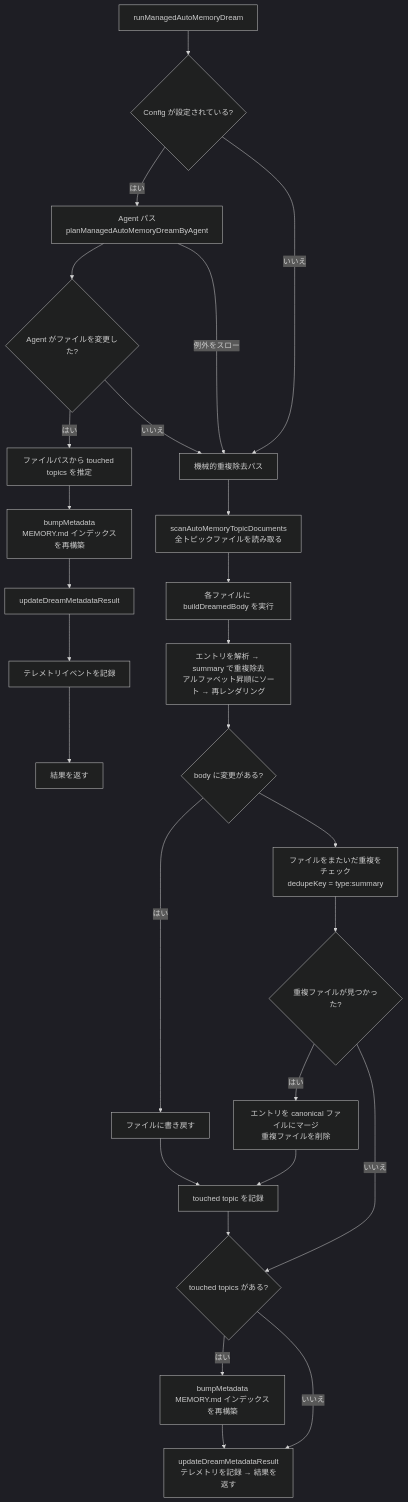
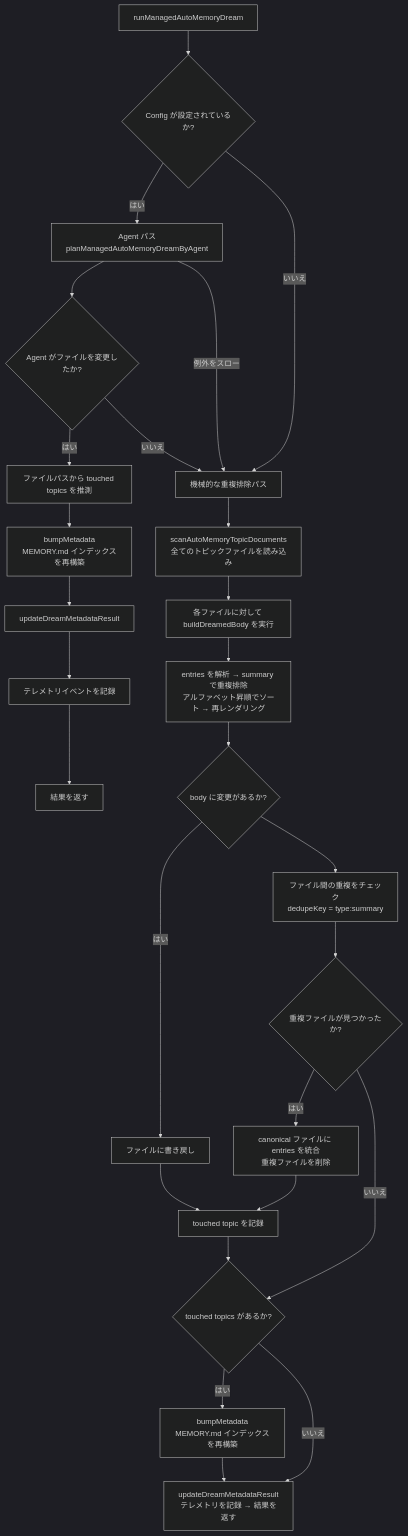
The fifth of 7 diagrams in website/content/ja/design/auto-memory/memory-system.md (QwenLM/qwen-code-docs), drawn with Mermaid (dark theme) before and after one commit. The commit also changed other lines of this file and 1077 other files, not shown here.

````diff
--- a/website/content/ja/design/auto-memory/memory-system.md
+++ b/website/content/ja/design/auto-memory/memory-system.md
@@ -299,30 +300,30 @@
 ```mermaid
 flowchart TD
-    A[runManagedAutoMemoryDream] --> B{Config が設定されている?}
+    A[runManagedAutoMemoryDream] --> B{Config が設定されているか?}
     B -- はい --> C[Agent パス\nplanManagedAutoMemoryDreamByAgent]
-    C --> D{Agent がファイルを変更した?}
-    D -- はい --> E[ファイルパスから touched topics を推定]
+    C --> D{Agent がファイルを変更したか?}
+    D -- はい --> E[ファイルパスから touched topics を推測]
     E --> F[bumpMetadata\nMEMORY.md インデックスを再構築]
     F --> G[updateDreamMetadataResult]
     G --> H[テレメトリイベントを記録]
     H --> I[結果を返す]
-    B -- いいえ --> J[機械的重複除去パス]
+    B -- いいえ --> J[機械的な重複排除パス]
     C -- 例外をスロー --> J
     D -- いいえ --> J
 
-    J --> K[scanAutoMemoryTopicDocuments\n全トピックファイルを読み取る]
-    K --> L[各ファイルに buildDreamedBody を実行]
-    L --> M[エントリを解析 → summary で重複除去\nアルファベット昇順にソート → 再レンダリング]
-    M --> N{body に変更がある?}
-    N -- はい --> O[ファイルに書き戻す]
+    J --> K[scanAutoMemoryTopicDocuments\n全てのトピックファイルを読み込み]
+    K --> L[各ファイルに対して buildDreamedBody を実行]
+    L --> M[entries を解析 → summary で重複排除\nアルファベット昇順でソート → 再レンダリング]
+    M --> N{body に変更があるか?}
+    N -- はい --> O[ファイルに書き戻し]
     O --> P[touched topic を記録]
-    N --> Q[ファイルをまたいだ重複をチェック\ndedupeKey = type:summary]
-    Q --> R{重複ファイルが見つかった?}
-    R -- はい --> S[エントリを canonical ファイルにマージ\n重複ファイルを削除]
+    N --> Q[ファイル間の重複をチェック\ndedupeKey = type:summary]
+    Q --> R{重複ファイルが見つかったか?}
+    R -- はい --> S[canonical ファイルに entries を統合\n重複ファイルを削除]
     S --> P
-    R -- いいえ --> T{touched topics がある?}
+    R -- いいえ --> T{touched topics があるか?}
     P --> T
     T -- はい --> U[bumpMetadata\nMEMORY.md インデックスを再構築]
     U --> V[updateDreamMetadataResult\nテレメトリを記録 → 結果を返す]
     T -- いいえ --> V
 ```
````
